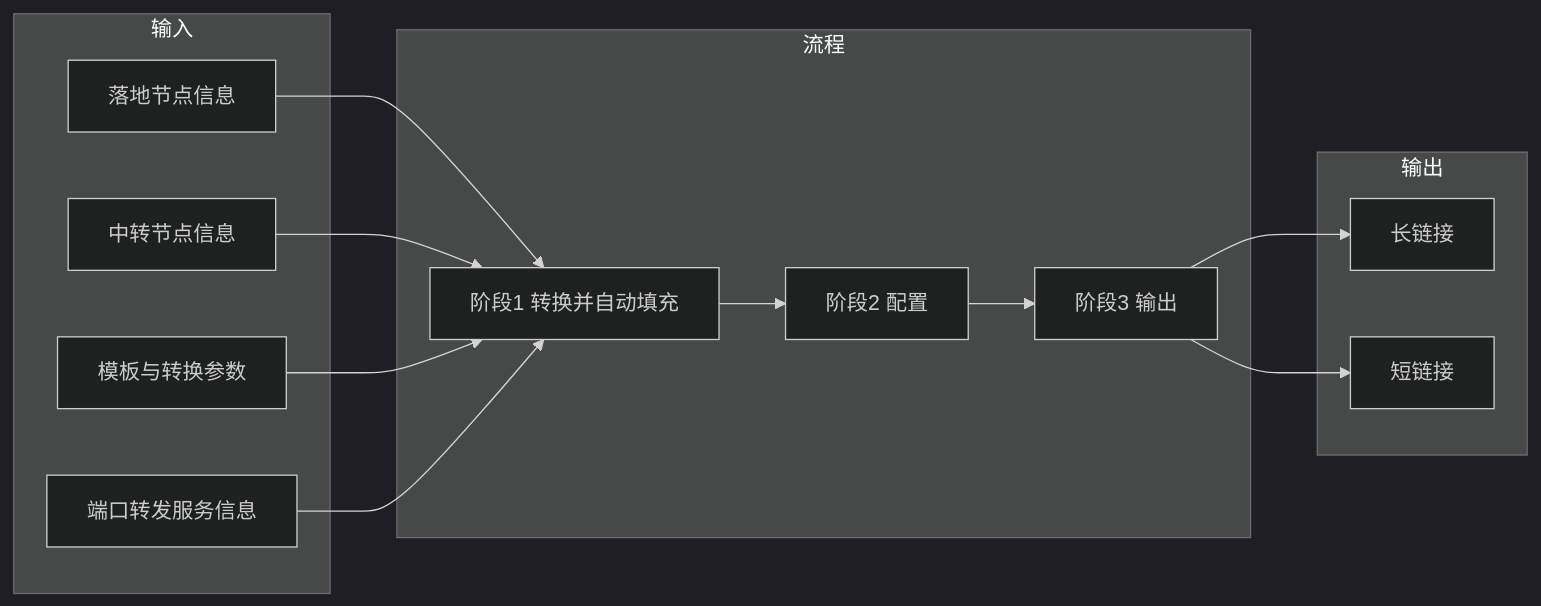
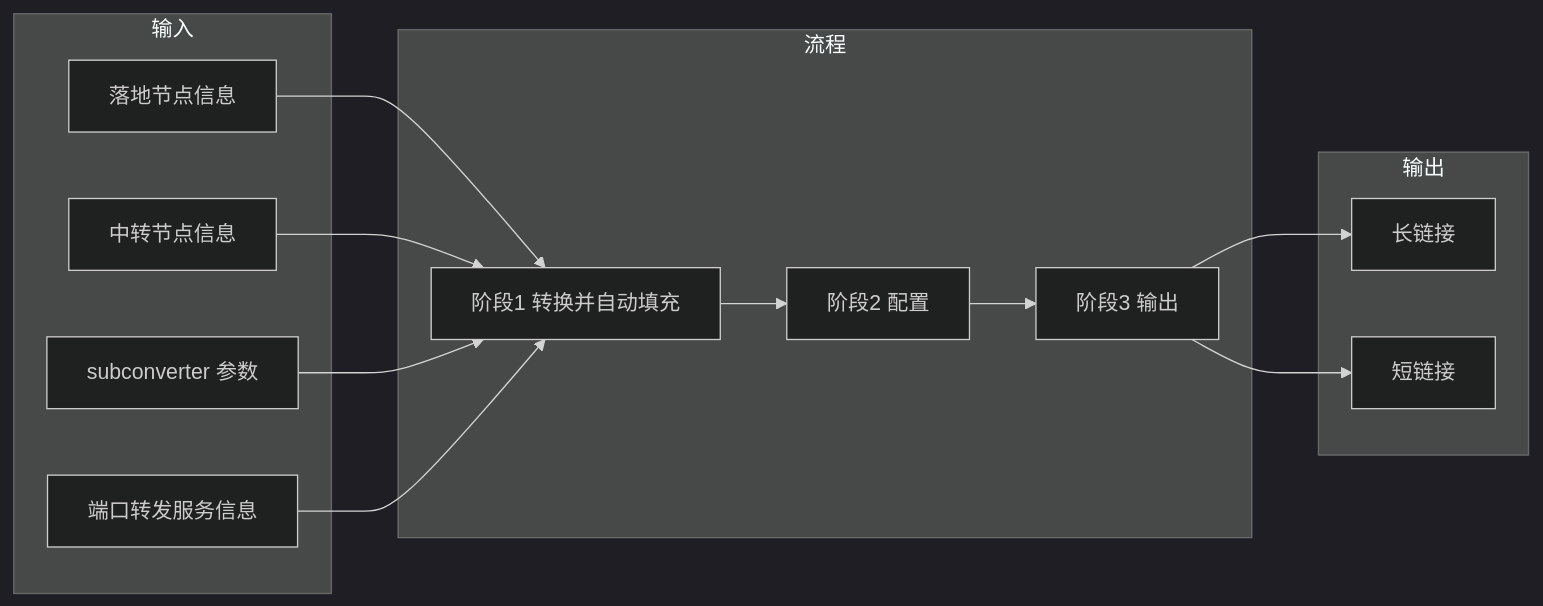
Before and after one commit to slackworker/chain-subconverter: the diagram in docs/spec/01-overview.md, drawn with Mermaid (dark theme). The commit also changed other lines of this file and 3 other files, not shown here.

````diff
--- a/docs/spec/01-overview.md
+++ b/docs/spec/01-overview.md
@@ -20,29 +20,29 @@
 ```mermaid
 flowchart LR
   subgraph Input[输入]
     L[落地节点信息]
     T[中转节点信息]
-    O[模板与转换参数]
+    O[subconverter 参数]
     F[端口转发服务信息]
   end
 
   subgraph Flow[流程]
     C[阶段1 转换并自动填充]
     S[阶段2 配置]
     G[阶段3 输出]
   end
 
   subgraph Output[输出]
     U[长链接]
     SU[短链接]
   end
 
   L --> C
   T --> C
   O --> C
   F --> C
   C --> S
   S --> G
   G --> U
   G --> SU
 ```
````
